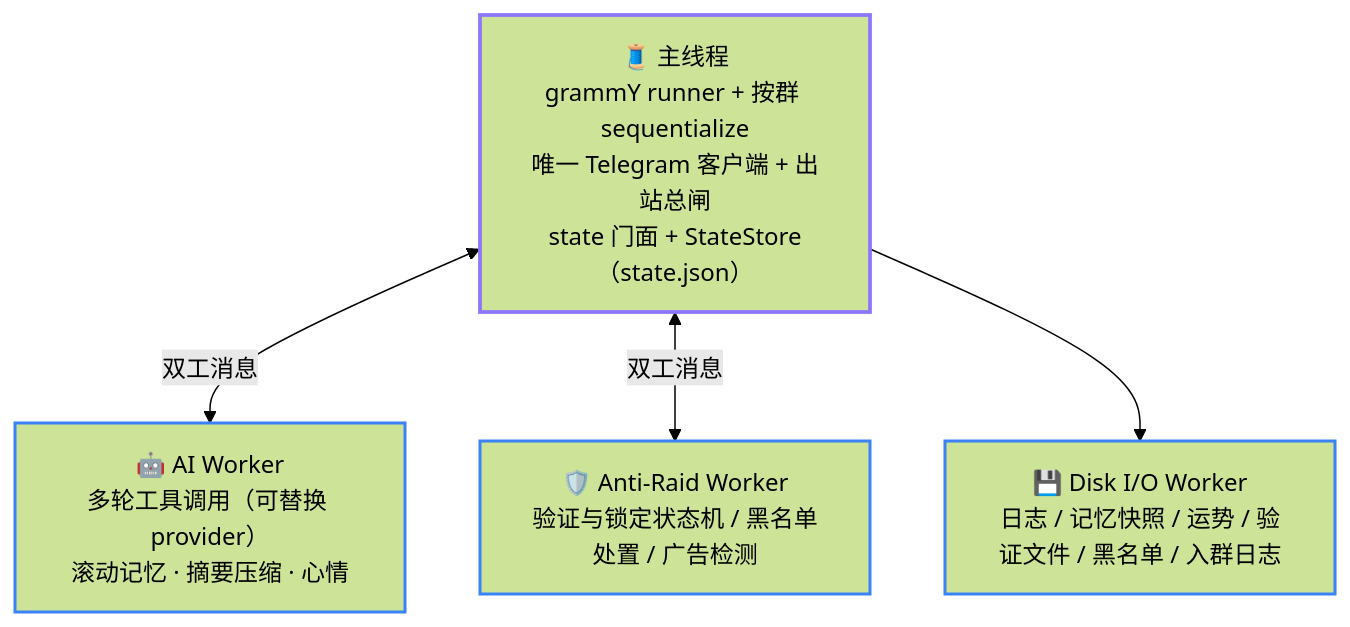
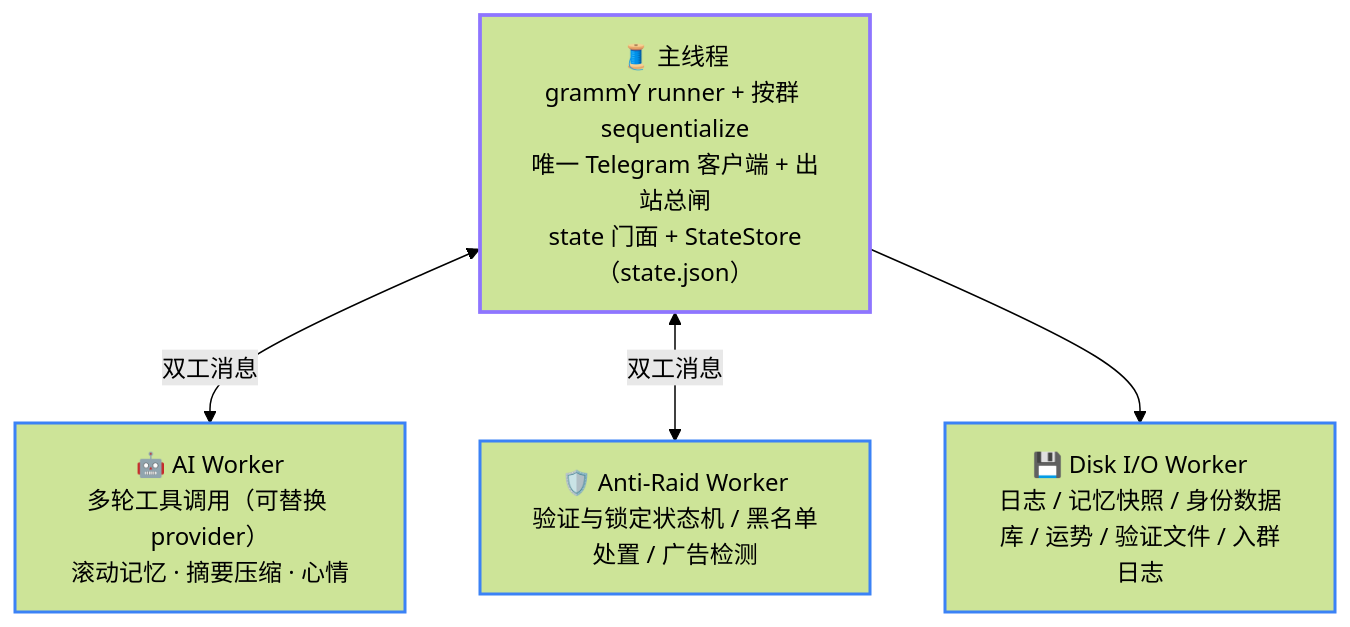
The first of 2 diagrams in docs/cn/02-architecture.md (Asashishi/copy_ninjia), drawn with Mermaid (forest theme) before and after one commit. The commit also changed other lines of this file and 309 other files, not shown here.

````diff
--- a/docs/cn/02-architecture.md
+++ b/docs/cn/02-architecture.md
@@ -17,14 +17,14 @@
 ```mermaid
 flowchart TD
     classDef main stroke:#8e75ff,stroke-width:2.5px;
     classDef worker stroke:#3b82f6,stroke-width:2px;
 
     MAIN["🧵 主线程<br/>grammY runner + 按群 sequentialize<br/>唯一 Telegram 客户端 + 出站总闸<br/>state 门面 + StateStore（state.json）"]:::main
     AI["🤖 AI Worker<br/>多轮工具调用（可替换 provider）<br/>滚动记忆 · 摘要压缩 · 心情"]:::worker
     RAID["🛡️ Anti-Raid Worker<br/>验证与锁定状态机 / 黑名单处置 / 广告检测"]:::worker
-    DISK["💾 Disk I/O Worker<br/>日志 / 记忆快照 / 运势 / 验证文件 / 黑名单 / 入群日志"]:::worker
+    DISK["💾 Disk I/O Worker<br/>日志 / 记忆快照 / 身份数据库 / 运势 / 验证文件 / 入群日志"]:::worker
 
     MAIN <-->|双工消息| AI
     MAIN <-->|双工消息| RAID
     MAIN --> DISK
 ```
````
